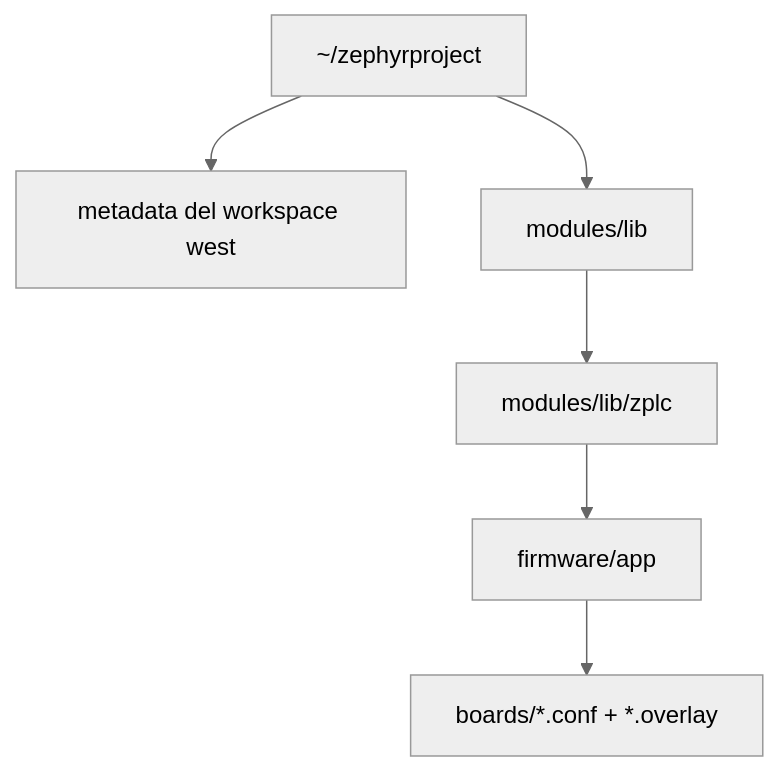
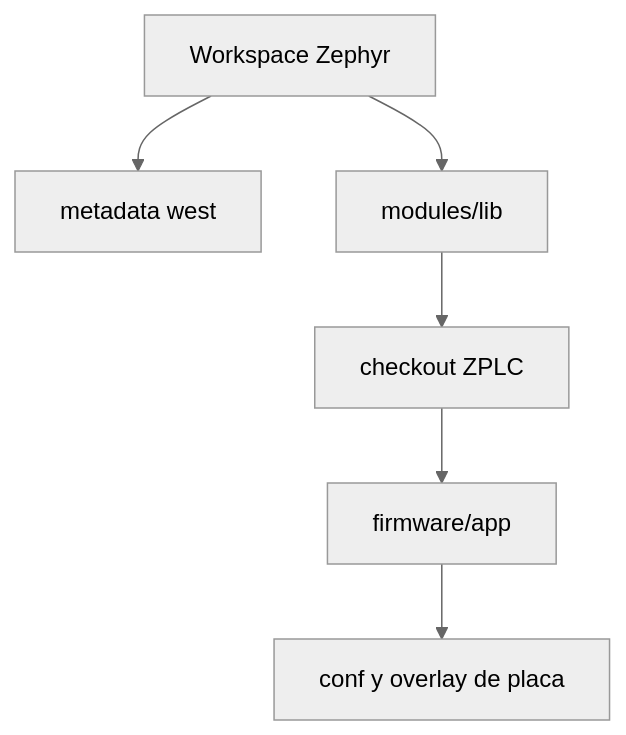
The diagram in docs/i18n/es/docusaurus-plugin-content-docs/current/reference/zephyr-workspace-setup.md (eduardojvieira/ZPLC), drawn with Mermaid (neutral theme) before and after one commit. The commit also changed other lines of this file and 63 other files, not shown here.

````diff
--- a/docs/i18n/es/docusaurus-plugin-content-docs/current/reference/zephyr-workspace-setup.md
+++ b/docs/i18n/es/docusaurus-plugin-content-docs/current/reference/zephyr-workspace-setup.md
@@ -25,9 +31,9 @@
 ```mermaid
 flowchart TD
-  ROOT[~/zephyrproject]
-  ROOT --> WEST[metadata del workspace west]
+  ROOT[Workspace Zephyr]
+  ROOT --> WEST[metadata west]
   ROOT --> MODULES[modules/lib]
-  MODULES --> ZPLC[modules/lib/zplc]
+  MODULES --> ZPLC[checkout ZPLC]
   ZPLC --> APP[firmware/app]
-  APP --> BOARDS[boards/*.conf + *.overlay]
+  APP --> BOARDS[conf y overlay de placa]
 ```
````
